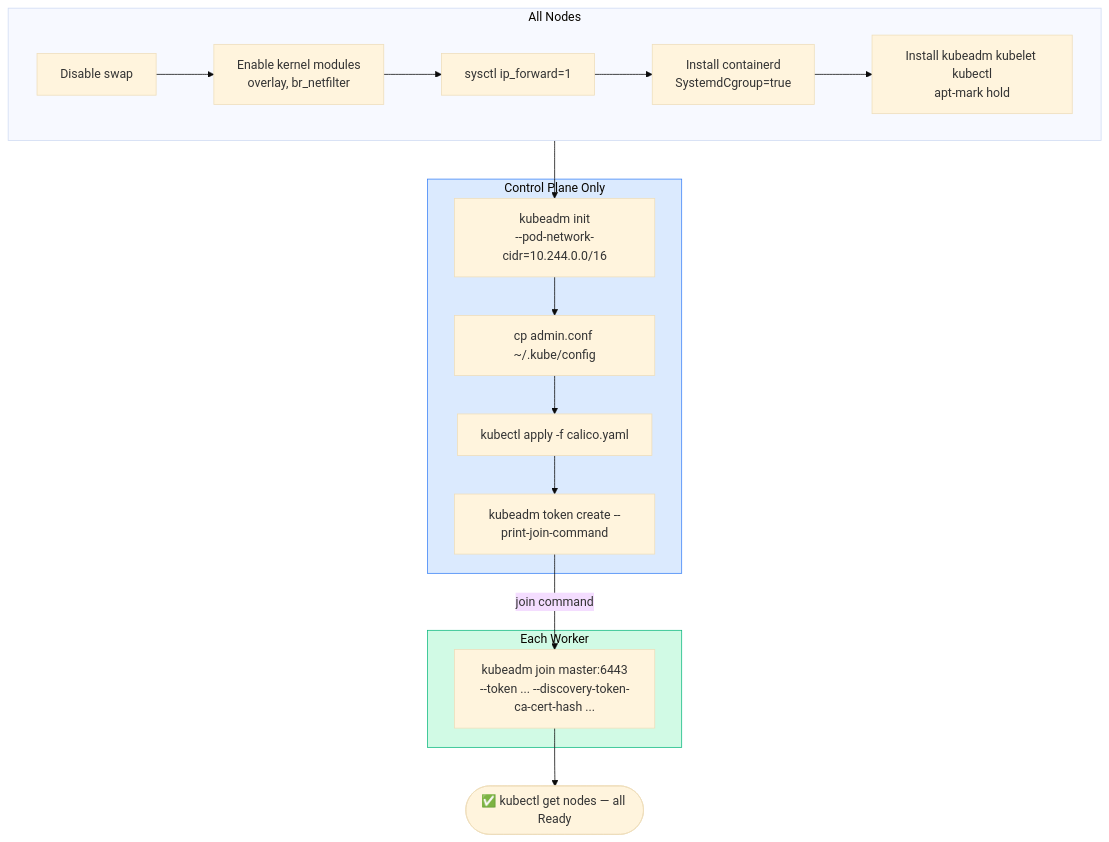
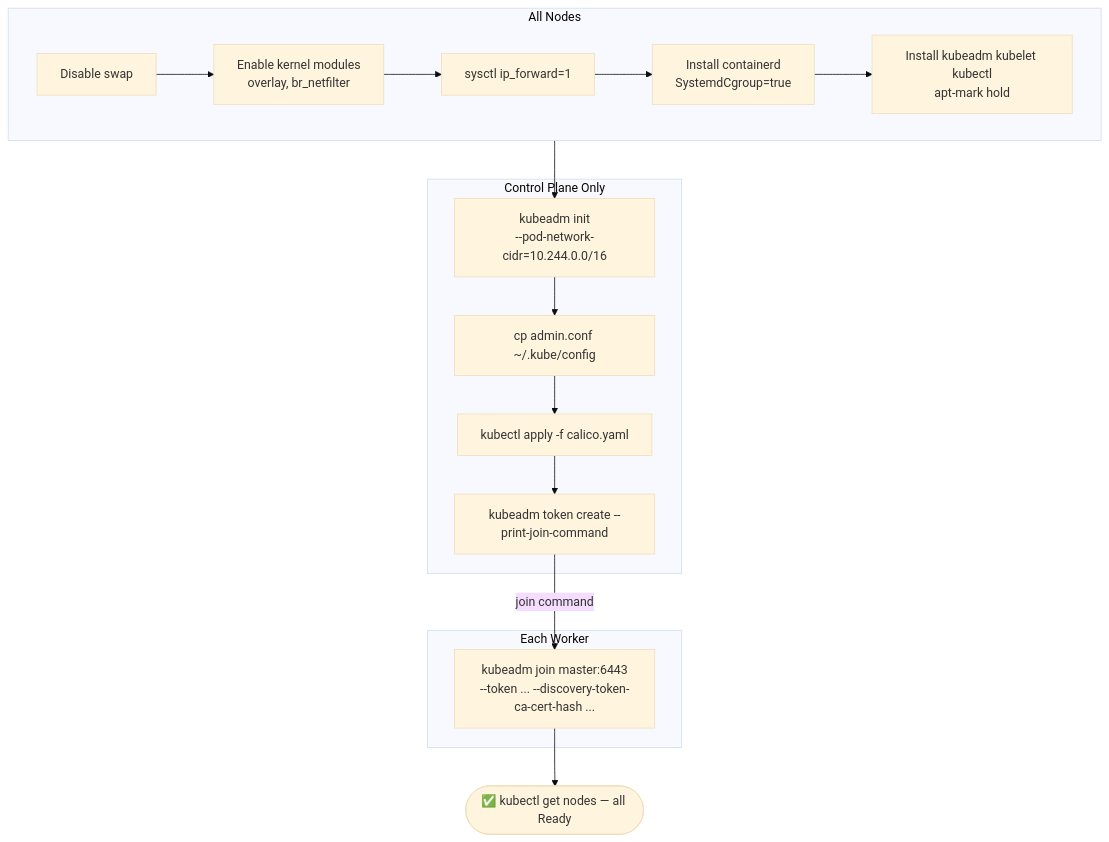
Before and after one commit to Gautam4424/k8slearn-content: the fourth of 4 diagrams in content/cka/12-design-install-kubeadm/overview/overview.md, drawn with Mermaid (base theme). The commit also changed other lines of this file and 40 other files, not shown here.

Commit message:
chore: fix mermaid style regex

````diff
--- a/content/cka/12-design-install-kubeadm/overview/overview.md
+++ b/content/cka/12-design-install-kubeadm/overview/overview.md
@@ -263,28 +254,25 @@
 ```mermaid
 flowchart TD
     subgraph ALL["All Nodes"]
         A1["Disable swap"] --> A2["Enable kernel modules\noverlay, br_netfilter"]
         A2 --> A3["sysctl ip_forward=1"]
         A3 --> A4["Install containerd\nSystemdCgroup=true"]
         A4 --> A5["Install kubeadm kubelet kubectl\napt-mark hold"]
     end
 
     subgraph CP["Control Plane Only"]
         C1["kubeadm init\n--pod-network-cidr=10.244.0.0/16"]
         C2["cp admin.conf ~/.kube/config"]
         C3["kubectl apply -f calico.yaml"]
         C4["kubeadm token create --print-join-command"]
     end
 
     subgraph W["Each Worker"]
         W1["kubeadm join master:6443\n--token ... --discovery-token-ca-cert-hash ..."]
     end
 
     DONE(["✅ kubectl get nodes — all Ready"])
 
     ALL --> C1 --> C2 --> C3 --> C4
     C4 -->|join command| W1 --> DONE
-
-    style CP fill:#dbeafe,stroke:#3b82f6
-    style W fill:#d1fae5,stroke:#10b981
 ```
````
